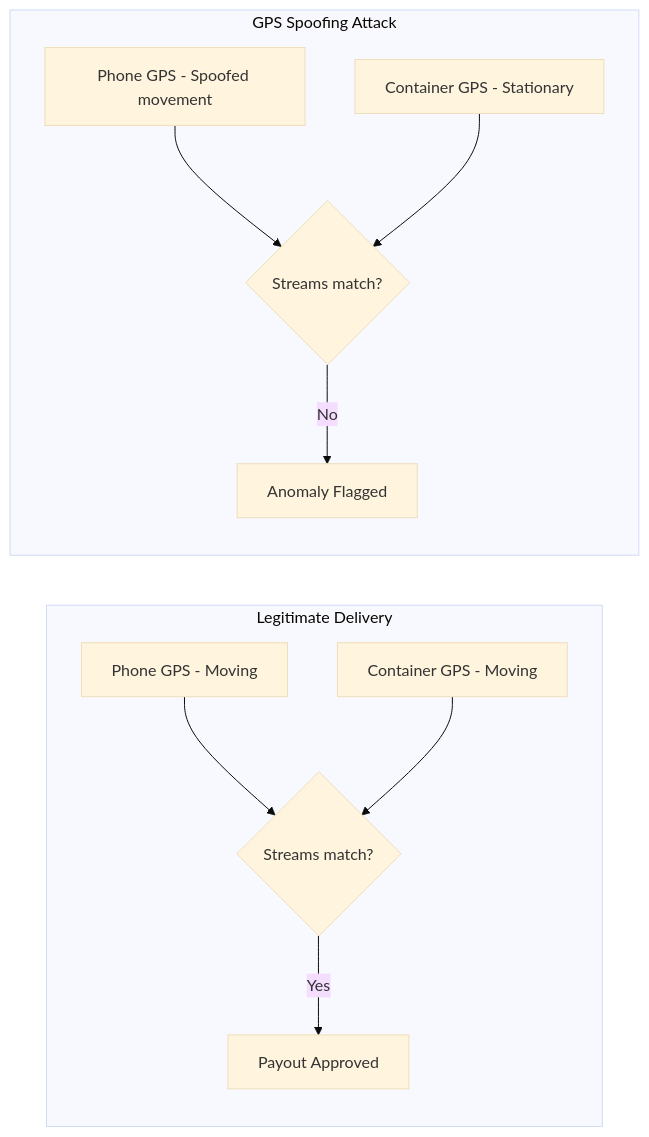
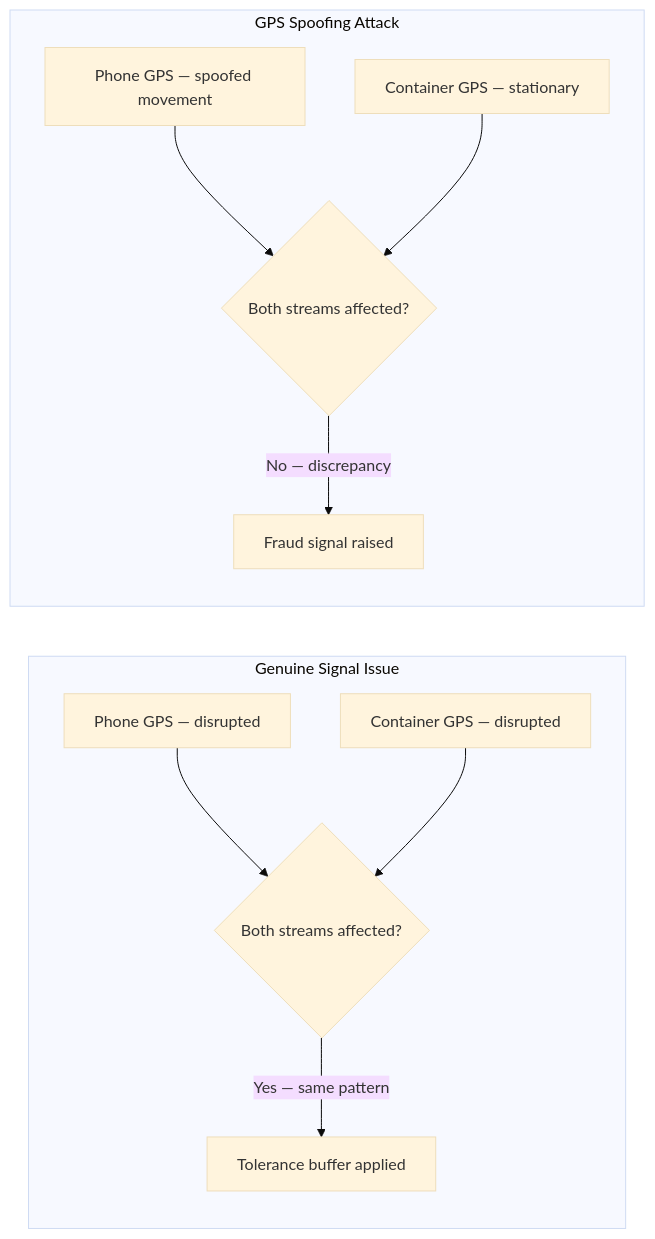
The second of 9 diagrams in README.md (Varshni-6/Guidewire_CodeZap), drawn with Mermaid (base theme) before and after one commit. The commit also changed other lines of this file, not shown here.

````diff
--- a/README.md
+++ b/README.md
@@ -143,22 +111,22 @@
 ```mermaid
 flowchart LR
-    subgraph LEGIT["Legitimate Delivery"]
-        LA[Phone GPS - Moving] 
-        LB[Container GPS - Moving]
-        LC{Streams match?}
-        LD[Payout Approved]
-        LA --> LC
-        LB --> LC
-        LC -->|Yes| LD
+    subgraph GENUINE["Genuine Signal Issue"]
+        GA[Phone GPS — disrupted]
+        GB[Container GPS — disrupted]
+        GC{Both streams affected?}
+        GD[Tolerance buffer applied]
+        GA --> GC
+        GB --> GC
+        GC -->|Yes — same pattern| GD
     end
 
     subgraph SPOOF["GPS Spoofing Attack"]
-        SA[Phone GPS - Spoofed movement]
-        SB[Container GPS - Stationary]
-        SC{Streams match?}
-        SD[Anomaly Flagged]
+        SA[Phone GPS — spoofed movement]
+        SB[Container GPS — stationary]
+        SC{Both streams affected?}
+        SD[Fraud signal raised]
         SA --> SC
         SB --> SC
-        SC -->|No| SD
+        SC -->|No — discrepancy| SD
     end
 ```
````
